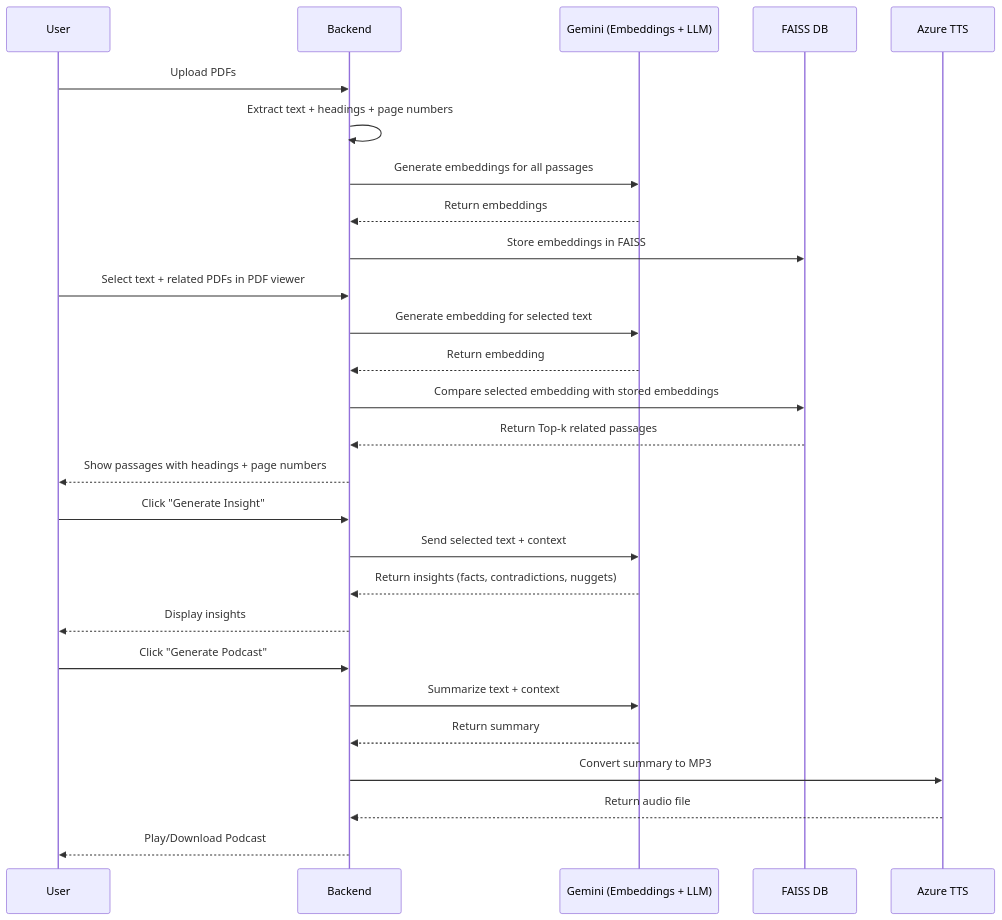
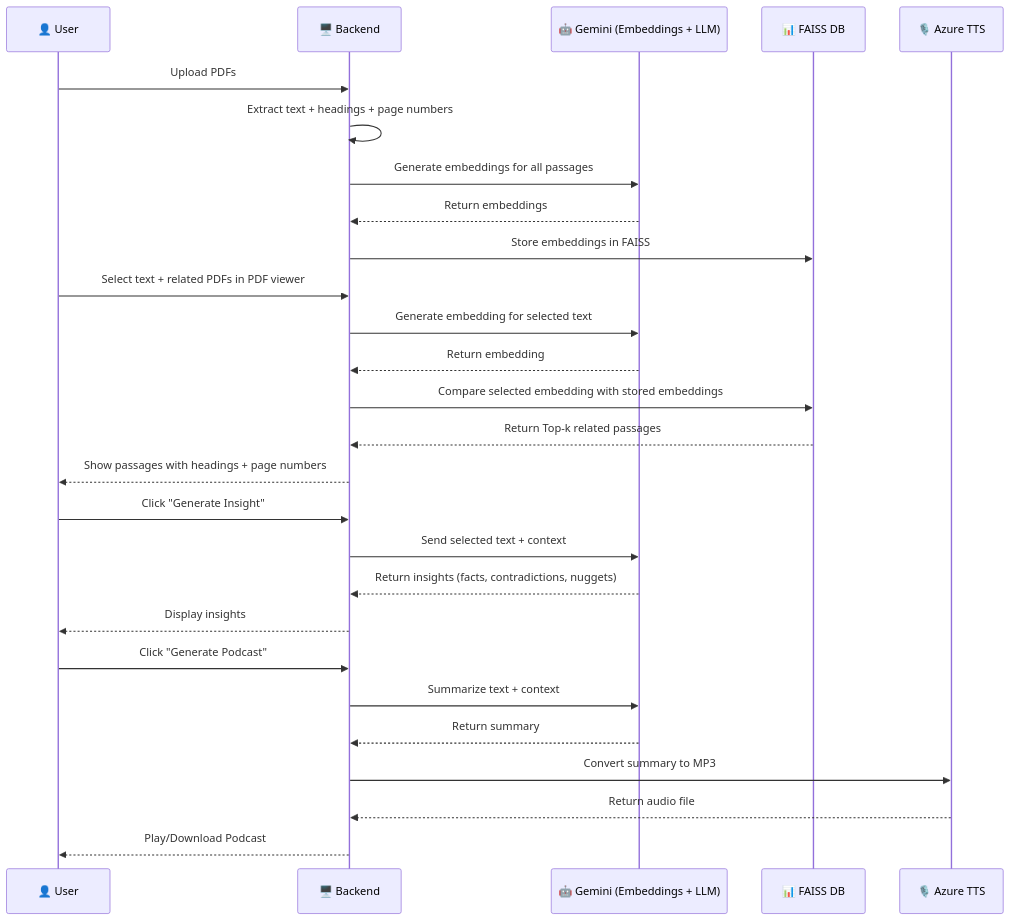
One commit to vishal09dream/adobe-pdf-project changed the second of 2 diagrams in Logic_workflow.md. Above: the diagram before and after it, drawn with Mermaid. The commit also changed other lines of this file, not shown here.

````diff
--- a/Logic_workflow.md
+++ b/Logic_workflow.md
@@ -232,39 +227,39 @@
 ```mermaid
 sequenceDiagram
-    participant U as User
-    participant B as Backend
-    participant G as Gemini (Embeddings + LLM)
-    participant F as FAISS DB
-    participant T as Azure TTS
+    participant U as 👤 User
+    participant B as 🖥️ Backend
+    participant G as 🤖 Gemini (Embeddings + LLM)
+    participant F as 📊 FAISS DB
+    participant T as 🎙️ Azure TTS
 
     %% Step 1: Upload PDFs
     U->>B: Upload PDFs
     B->>B: Extract text + headings + page numbers
     B->>G: Generate embeddings for all passages
     G-->>B: Return embeddings
     B->>F: Store embeddings in FAISS
 
     %% Step 2: Select text
     U->>B: Select text + related PDFs in PDF viewer
     B->>G: Generate embedding for selected text
     G-->>B: Return embedding
 
     %% Step 3: Find related content
     B->>F: Compare selected embedding with stored embeddings
     F-->>B: Return Top-k related passages
     B-->>U: Show passages with headings + page numbers
 
     %% Step 4: Generate Insights
     U->>B: Click "Generate Insight"
     B->>G: Send selected text + context
     G-->>B: Return insights (facts, contradictions, nuggets)
     B-->>U: Display insights
 
     %% Step 5: Generate Podcast
     U->>B: Click "Generate Podcast"
     B->>G: Summarize text + context
     G-->>B: Return summary
     B->>T: Convert summary to MP3
     T-->>B: Return audio file
     B-->>U: Play/Download Podcast
 ```
````
